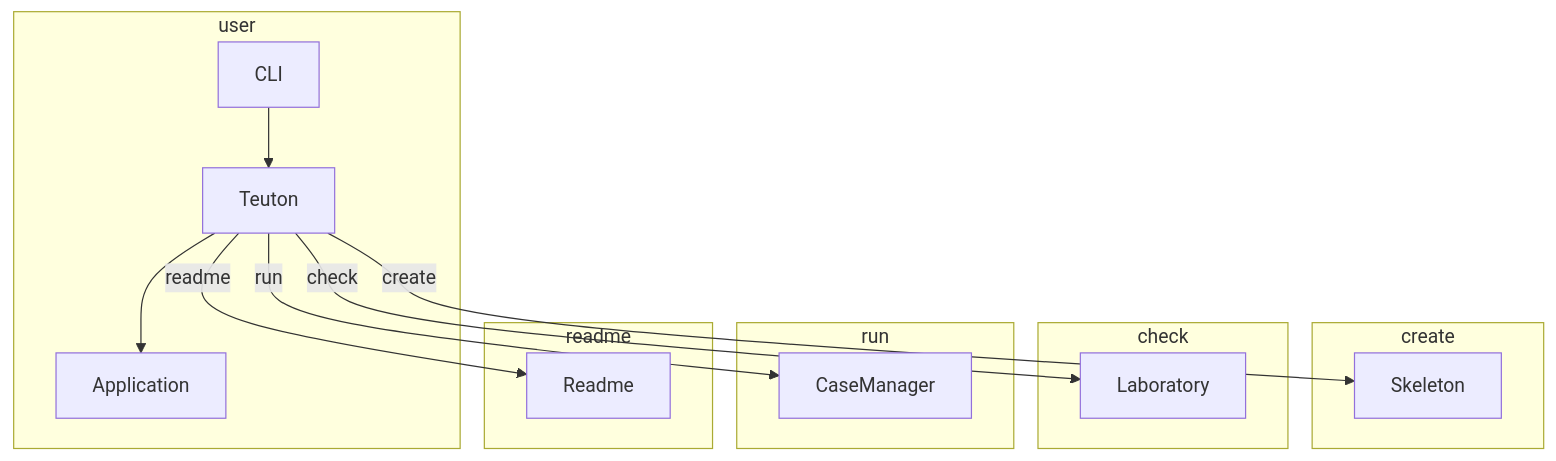
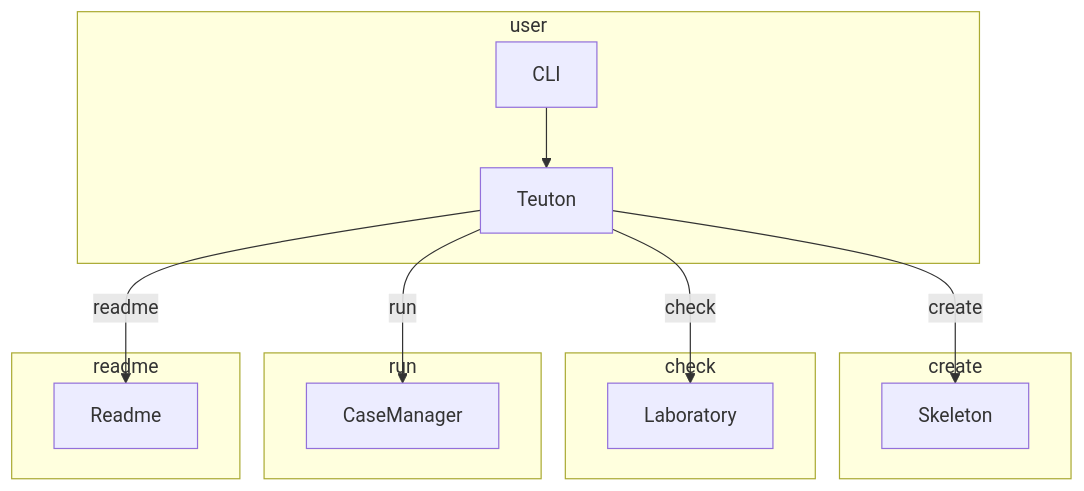
Before and after one commit to teuton-software/teuton: the diagram in docs/diagram.md, drawn with Mermaid.

````diff
--- a/docs/diagram.md
+++ b/docs/diagram.md
@@ -5,24 +5,23 @@
 ```mermaid
 flowchart TB
 
 subgraph user
   CLI --> Teuton
-  Teuton --> Application
 end
 
 subgraph create
   Teuton -- create --> Skeleton
 end
 
 subgraph check
   Teuton -- check --> Laboratory
 end
 
 subgraph run
   Teuton -- run --> CaseManager
 end
 
 subgraph readme
   Teuton -- readme --> Readme
 end
 ```
````
